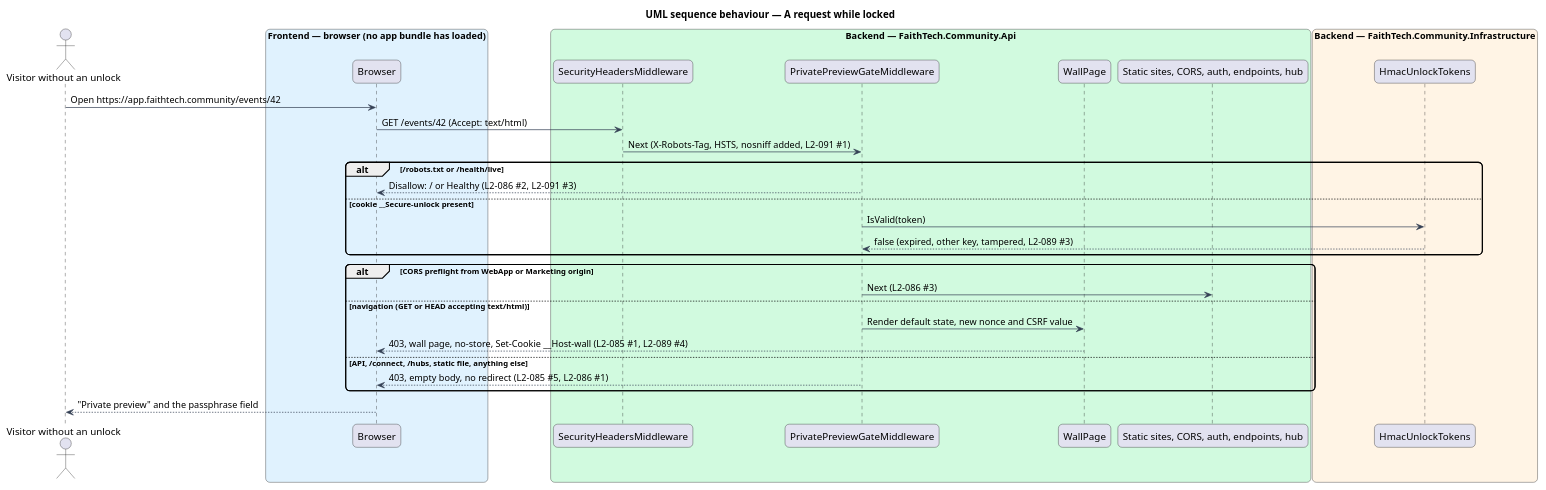
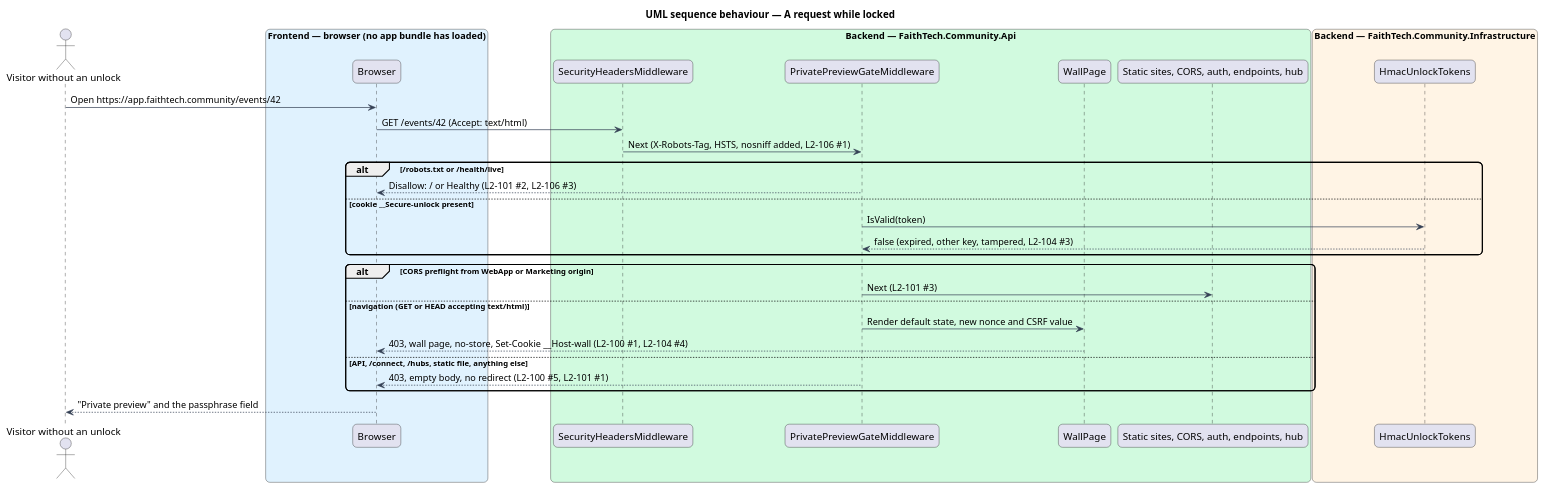
Before and after one commit to QuinntyneBrown/faithtech-community: the diagram in docs/detailed-designs/platform/private-preview-wall/diagrams/sequence-locked-request.puml, drawn with PlantUML. The commit also changed 58 other files, not shown here.

```diff
--- a/docs/detailed-designs/platform/private-preview-wall/diagrams/sequence-locked-request.puml
+++ b/docs/detailed-designs/platform/private-preview-wall/diagrams/sequence-locked-request.puml
@@ -1,39 +1,39 @@
 @startuml
 title UML sequence behaviour — A request while locked
 skinparam backgroundColor #FFFFFF
 skinparam shadowing false
 skinparam roundcorner 12
 skinparam defaultFontName Arial
 skinparam ArrowColor #344054
 actor "Visitor without an unlock" as actor
 box "Frontend — browser (no app bundle has loaded)" #E0F2FE
   participant "Browser" as browser
 end box
 box "Backend — FaithTech.Community.Api" #D1FADF
   participant "SecurityHeadersMiddleware" as hdr
   participant "PrivatePreviewGateMiddleware" as gate
   participant "WallPage" as page
   participant "Static sites, CORS, auth, endpoints, hub" as rest
 end box
 box "Backend — FaithTech.Community.Infrastructure" #FFF4E5
   participant "HmacUnlockTokens" as tokens
 end box
 actor -> browser : Open https://app.faithtech.community/events/42
 browser -> hdr : GET /events/42 (Accept: text/html)
-hdr -> gate : Next (X-Robots-Tag, HSTS, nosniff added, L2-091 #1)
+hdr -> gate : Next (X-Robots-Tag, HSTS, nosniff added, L2-106 #1)
 alt /robots.txt or /health/live
-  gate --> browser : Disallow: / or Healthy (L2-086 #2, L2-091 #3)
+  gate --> browser : Disallow: / or Healthy (L2-101 #2, L2-106 #3)
 else cookie __Secure-unlock present
   gate -> tokens : IsValid(token)
-  tokens --> gate : false (expired, other key, tampered, L2-089 #3)
+  tokens --> gate : false (expired, other key, tampered, L2-104 #3)
 end
 alt CORS preflight from WebApp or Marketing origin
-  gate -> rest : Next (L2-086 #3)
+  gate -> rest : Next (L2-101 #3)
 else navigation (GET or HEAD accepting text/html)
   gate -> page : Render default state, new nonce and CSRF value
-  page --> browser : 403, wall page, no-store, Set-Cookie __Host-wall (L2-085 #1, L2-089 #4)
+  page --> browser : 403, wall page, no-store, Set-Cookie __Host-wall (L2-100 #1, L2-104 #4)
 else API, /connect, /hubs, static file, anything else
-  gate --> browser : 403, empty body, no redirect (L2-085 #5, L2-086 #1)
+  gate --> browser : 403, empty body, no redirect (L2-100 #5, L2-101 #1)
 end
 browser --> actor : "Private preview" and the passphrase field
 @enduml
```
